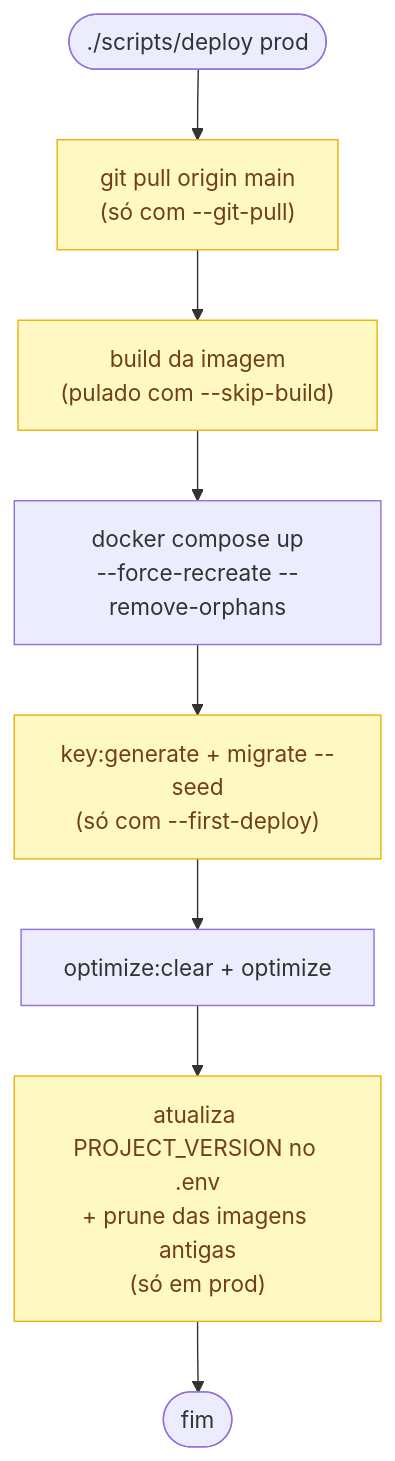
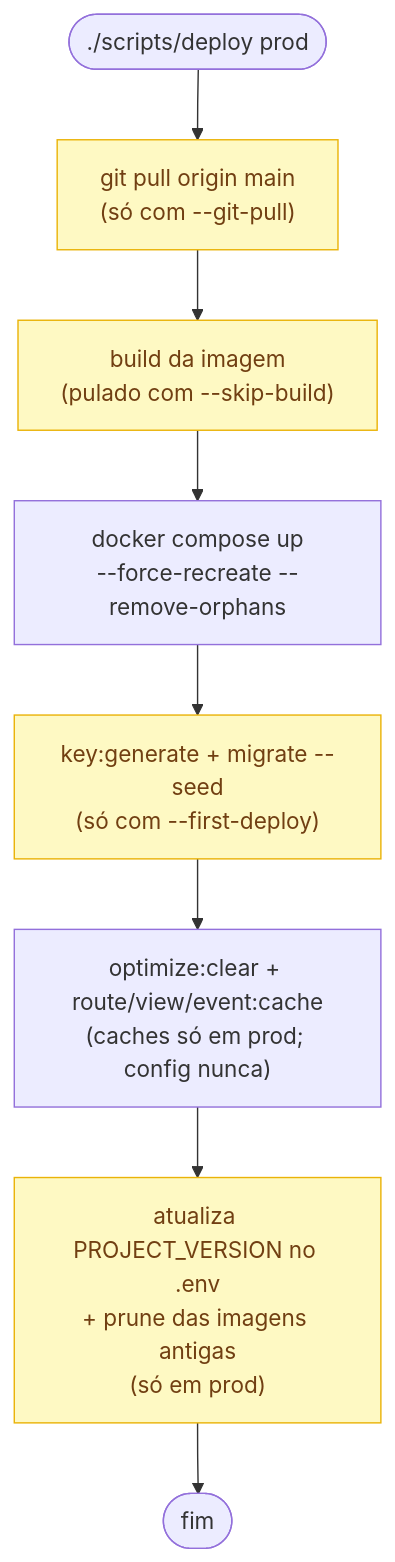
The first of 2 diagrams in scripts/README.md (Fabriciope/laravel-docker-stack), drawn with Mermaid before and after one commit. The commit also changed other lines of this file and 24 other files, not shown here.

````diff
--- a/scripts/README.md
+++ b/scripts/README.md
@@ -38,13 +38,13 @@
 ```mermaid
 flowchart TD
     A(["./scripts/deploy prod"]) --> B["git pull origin main<br/>(só com --git-pull)"]
     B --> C["build da imagem<br/>(pulado com --skip-build)"]
     C --> D["docker compose up<br/>--force-recreate --remove-orphans"]
     D --> E["key:generate + migrate --seed<br/>(só com --first-deploy)"]
-    E --> F["optimize:clear + optimize"]
+    E --> F["optimize:clear + route/view/event:cache<br/>(caches só em prod; config nunca)"]
     F --> G["atualiza PROJECT_VERSION no .env<br/>+ prune das imagens antigas<br/>(só em prod)"]
     G --> H(["fim"])
 
     classDef cond fill:#fef9c3,stroke:#eab308,color:#713f12
     class B,C,E,G cond
 ```
````
